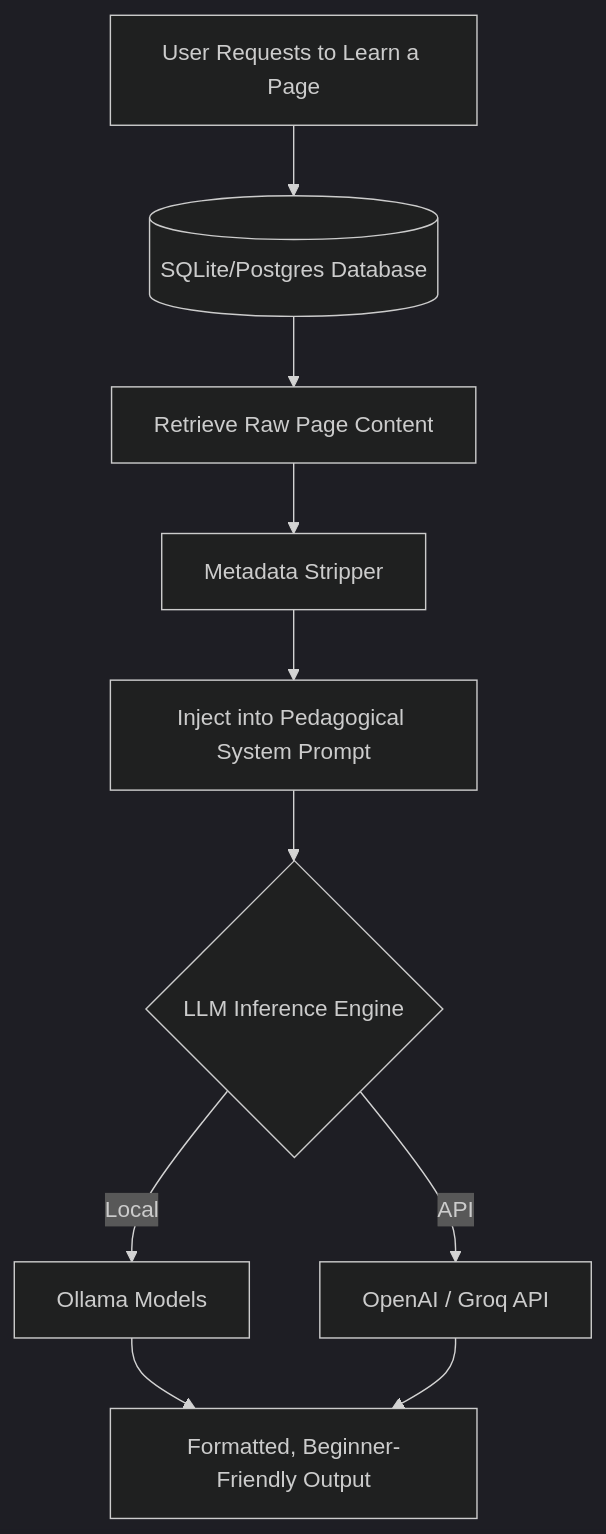
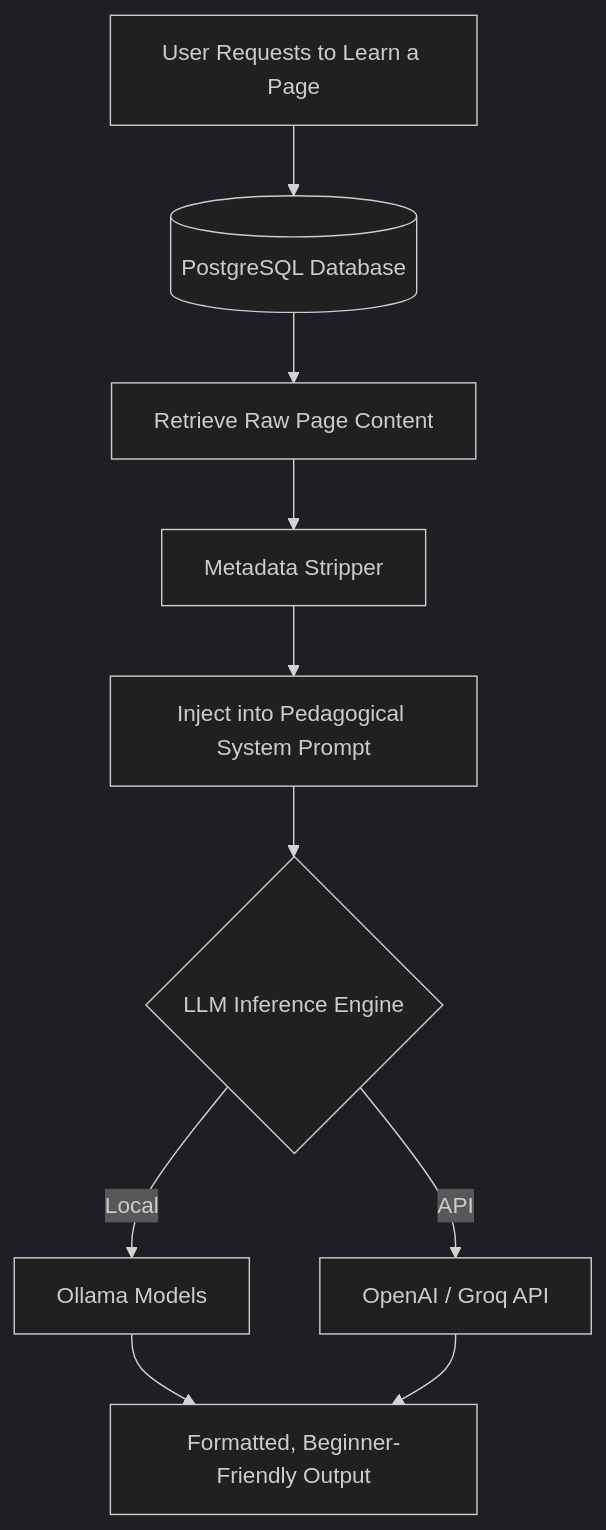
Before and after one commit to devxilz/book_agent: the second of 2 diagrams in README.md, drawn with Mermaid (dark theme). The commit also changed other lines of this file, not shown here.

````diff
--- a/README.md
+++ b/README.md
@@ -62,12 +62,12 @@
 ```mermaid
 graph TD;
-    A[User Requests to Learn a Page] --> B[(SQLite/Postgres Database)];
+    A[User Requests to Learn a Page] --> B[(PostgreSQL Database)];
     B --> C[Retrieve Raw Page Content];
     C --> D[Metadata Stripper];
     D --> E[Inject into Pedagogical System Prompt];
     E --> F{LLM Inference Engine};
     F -- Local --> G[Ollama Models];
     F -- API --> H[OpenAI / Groq API];
     G --> I[Formatted, Beginner-Friendly Output];
     H --> I;
 ```
````
